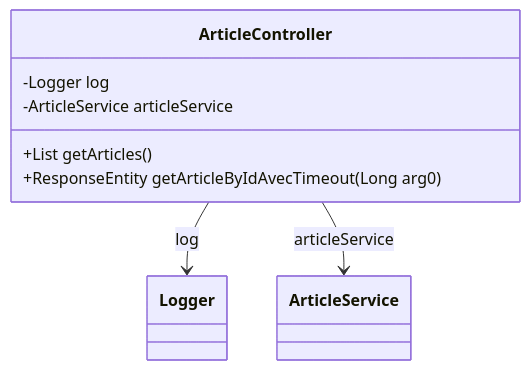
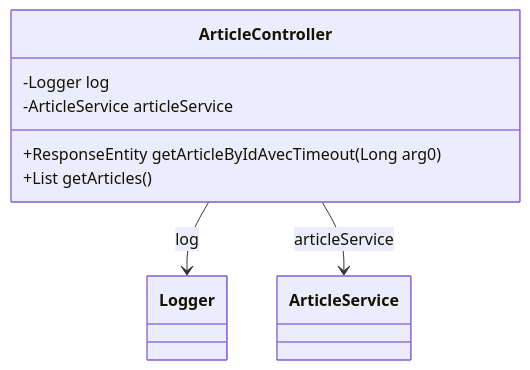
Before and after one commit to ErwanLT/Asgard: the diagram in docs/articlecontroller.md, drawn with Mermaid. The commit also changed other lines of this file and 1 other file, not shown here.

````diff
--- a/docs/articlecontroller.md
+++ b/docs/articlecontroller.md
@@ -7,11 +7,11 @@
 ```mermaid
 classDiagram
     class ArticleController {
         -Logger log
         -ArticleService articleService
+        +ResponseEntity getArticleByIdAvecTimeout(Long arg0)
         +List getArticles()
-        +ResponseEntity getArticleByIdAvecTimeout(Long arg0)
     }
     ArticleController --> Logger : log
     ArticleController --> ArticleService : articleService
 ```
````
